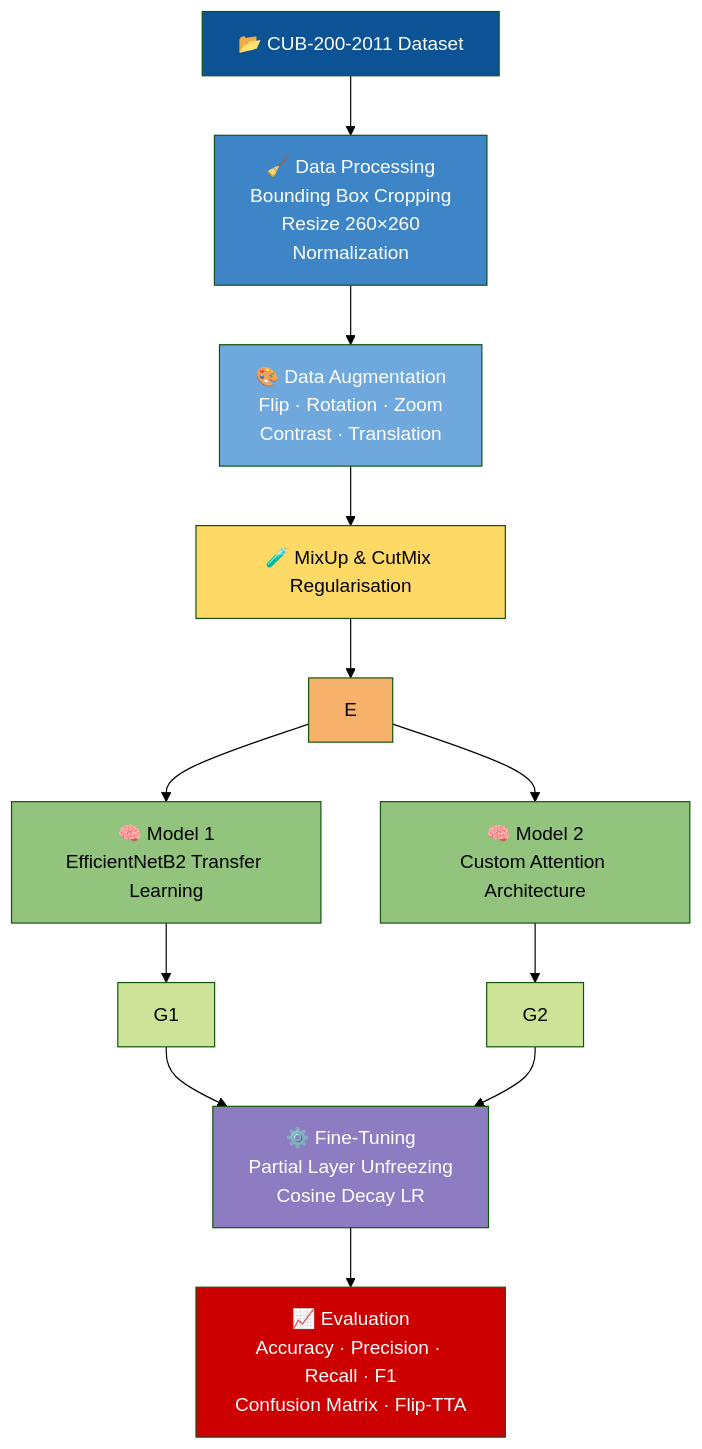
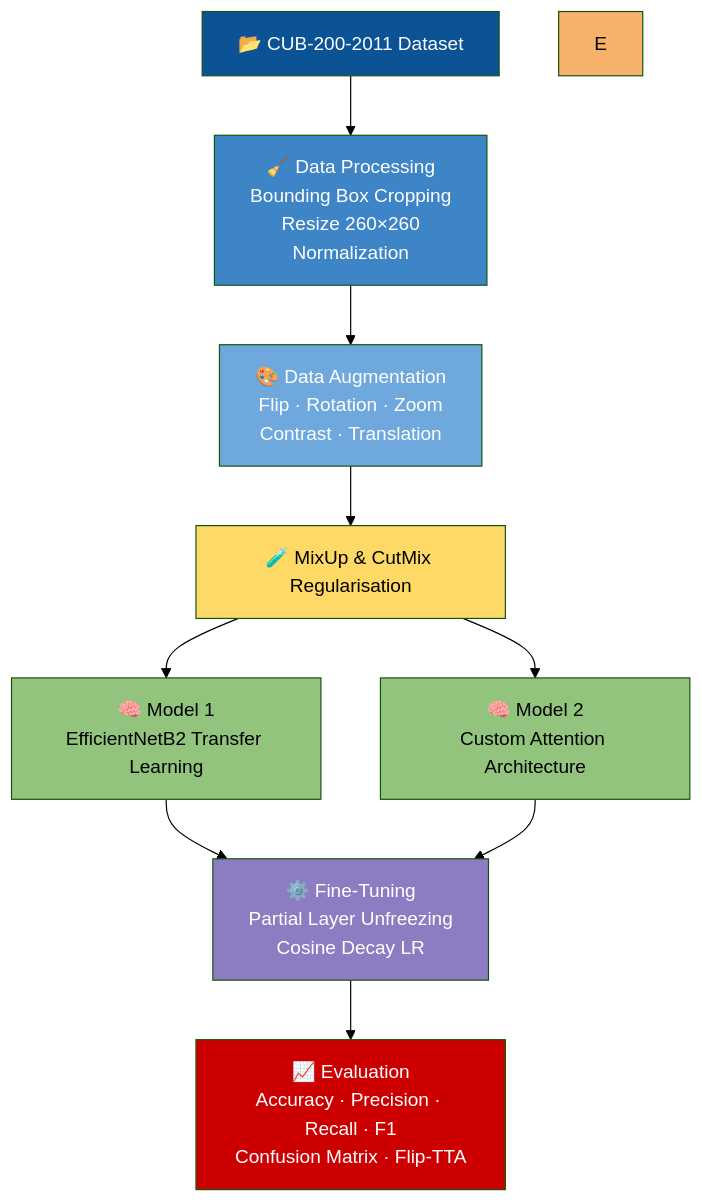
The diagram in README.md (ajayadarsh/fine-grained-bird-classification-deep-learning-project), drawn with Mermaid (forest theme) before and after one commit.

````diff
--- a/README.md
+++ b/README.md
@@ -128,35 +128,32 @@
 ```mermaid
 flowchart TD
 
 A[📂 CUB-200-2011 Dataset] --> B
 
 B[🧹 Data Processing<br/>Bounding Box Cropping<br/>Resize 260×260<br/>Normalization] --> C
 
 C[🎨 Data Augmentation<br/>Flip · Rotation · Zoom<br/>Contrast · Translation] --> D
 
-D[🧪 MixUp & CutMix Regularisation] --> E
+D[🧪 MixUp & CutMix Regularisation]
 
-E --> F1
-E --> F2
+D --> F1
+D --> F2
 
-F1[🧠 Model 1<br/>EfficientNetB2 Transfer Learning] --> G1
+F1[🧠 Model 1<br/>EfficientNetB2 Transfer Learning] --> H
 
-F2[🧠 Model 2<br/>Custom Attention Architecture] --> G2
-
-G1 --> H
-G2 --> H
+F2[🧠 Model 2<br/>Custom Attention Architecture] --> H
 
 H[⚙️ Fine-Tuning<br/>Partial Layer Unfreezing<br/>Cosine Decay LR] --> I
 
 I[📈 Evaluation<br/>Accuracy · Precision · Recall · F1<br/>Confusion Matrix · Flip-TTA]
 
 style A fill:#0B5394,color:#fff
 style B fill:#3D85C6,color:#fff
 style C fill:#6FA8DC,color:#fff
 style D fill:#FFD966,color:#000
 style E fill:#F6B26B,color:#000
 style F1 fill:#93C47D,color:#000
 style F2 fill:#93C47D,color:#000
 style H fill:#8E7CC3,color:#fff
 style I fill:#CC0000,color:#fff
 ```
````
